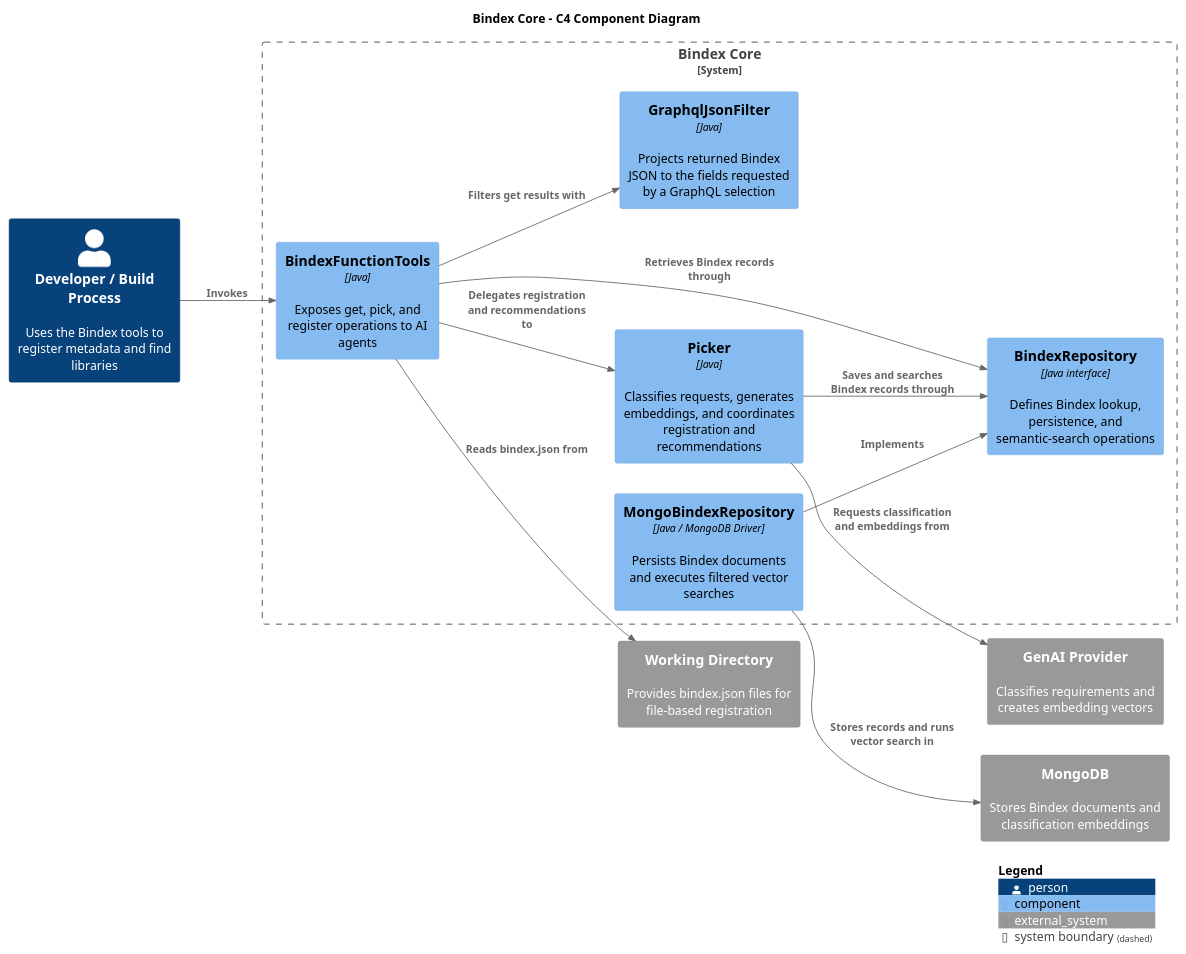
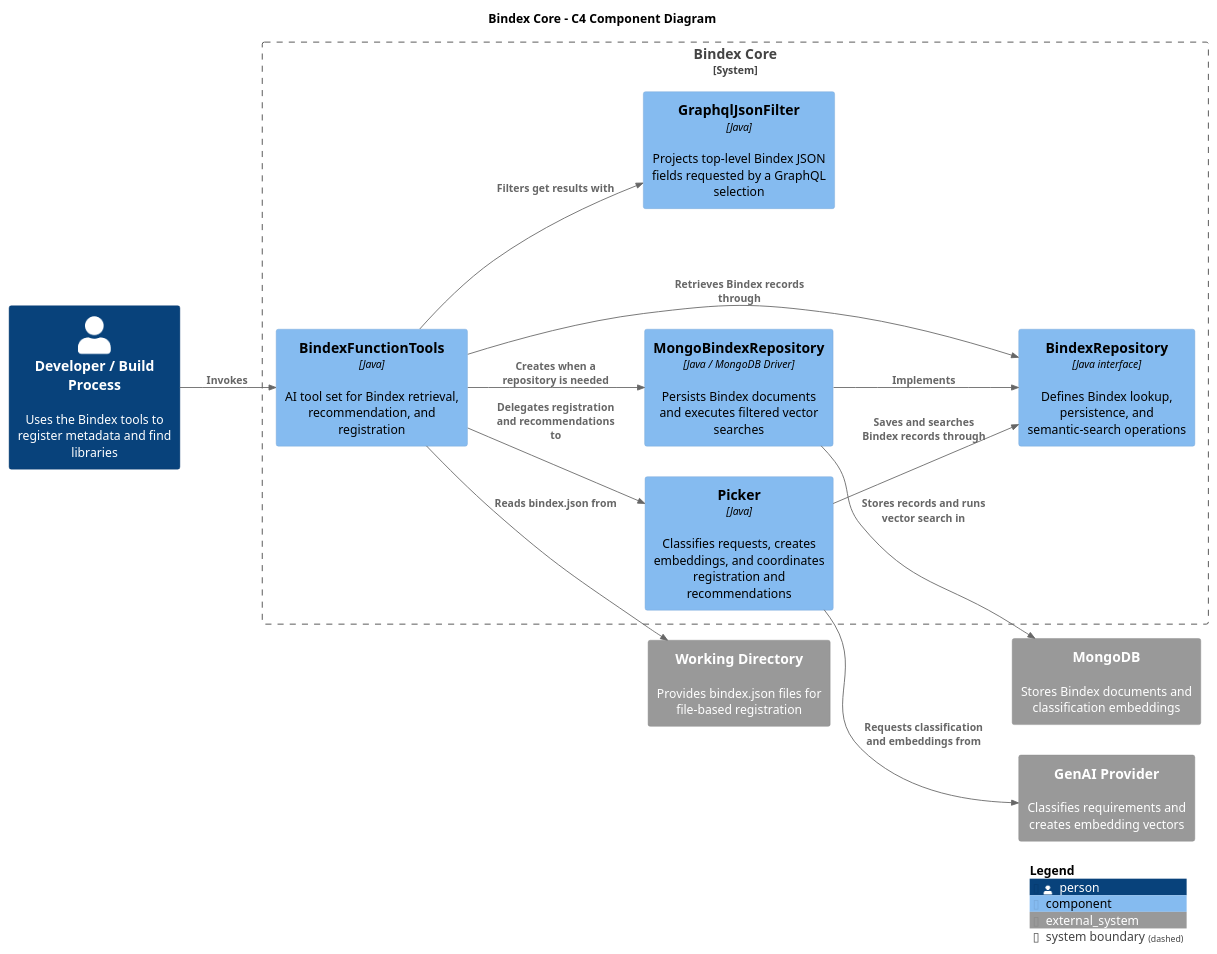
Before and after one commit to machanism-org/machai: the diagram in bindex-core/src/site/puml/c4-diagram.puml, drawn with PlantUML. The commit also changed 44 other files, not shown here.

```diff
--- a/bindex-core/src/site/puml/c4-diagram.puml
+++ b/bindex-core/src/site/puml/c4-diagram.puml
@@ -10,32 +10,33 @@
 @startuml
 !includeurl https://raw.githubusercontent.com/plantuml-stdlib/C4-PlantUML/master/C4_Component.puml
 
 LAYOUT_LEFT_RIGHT()
 
 title Bindex Core - C4 Component Diagram
 
 Person(user, "Developer / Build Process", "Uses the Bindex tools to register metadata and find libraries")
 System_Ext(fileSystem, "Working Directory", "Provides bindex.json files for file-based registration")
 System_Ext(genaiProvider, "GenAI Provider", "Classifies requirements and creates embedding vectors")
 System_Ext(mongodb, "MongoDB", "Stores Bindex documents and classification embeddings")
 
 System_Boundary(bindexCore, "Bindex Core") {
-  Component(bindexFunctionTools, "BindexFunctionTools", "Java", "Exposes get, pick, and register operations to AI agents")
-  Component(graphqlJsonFilter, "GraphqlJsonFilter", "Java", "Projects returned Bindex JSON to the fields requested by a GraphQL selection")
-  Component(picker, "Picker", "Java", "Classifies requests, generates embeddings, and coordinates registration and recommendations")
+  Component(bindexFunctionTools, "BindexFunctionTools", "Java", "AI tool set for Bindex retrieval, recommendation, and registration")
+  Component(graphqlJsonFilter, "GraphqlJsonFilter", "Java", "Projects top-level Bindex JSON fields requested by a GraphQL selection")
+  Component(picker, "Picker", "Java", "Classifies requests, creates embeddings, and coordinates registration and recommendations")
   Component(repositoryInterface, "BindexRepository", "Java interface", "Defines Bindex lookup, persistence, and semantic-search operations")
   Component(mongoRepository, "MongoBindexRepository", "Java / MongoDB Driver", "Persists Bindex documents and executes filtered vector searches")
 }
 
 Rel(user, bindexFunctionTools, "Invokes")
 Rel(bindexFunctionTools, fileSystem, "Reads bindex.json from")
 Rel(bindexFunctionTools, graphqlJsonFilter, "Filters get results with")
 Rel(bindexFunctionTools, picker, "Delegates registration and recommendations to")
 Rel(bindexFunctionTools, repositoryInterface, "Retrieves Bindex records through")
+Rel(bindexFunctionTools, mongoRepository, "Creates when a repository is needed")
 Rel(picker, genaiProvider, "Requests classification and embeddings from")
 Rel(picker, repositoryInterface, "Saves and searches Bindex records through")
 Rel(mongoRepository, repositoryInterface, "Implements")
 Rel(mongoRepository, mongodb, "Stores records and runs vector search in")
 
 SHOW_LEGEND()
 @enduml
```
